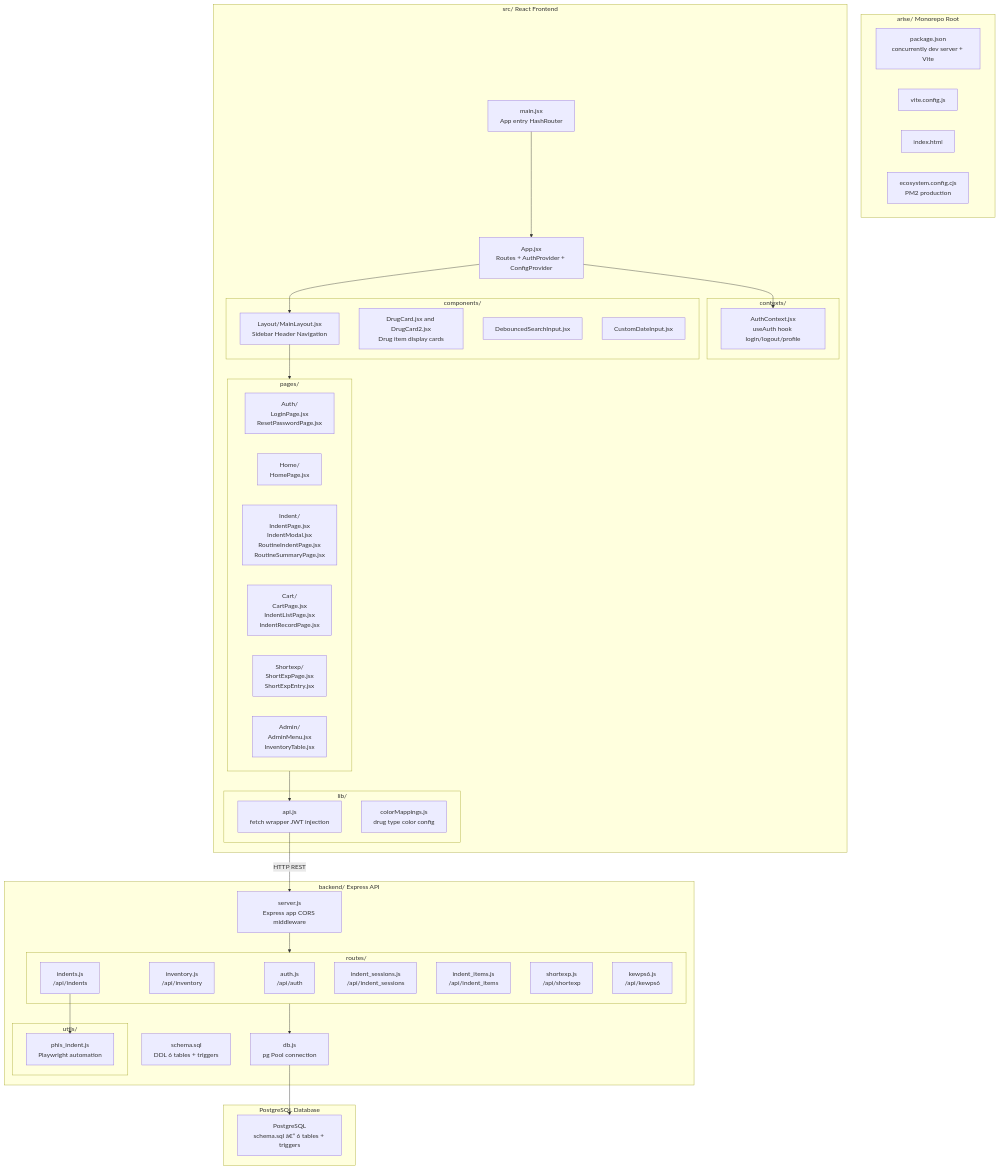
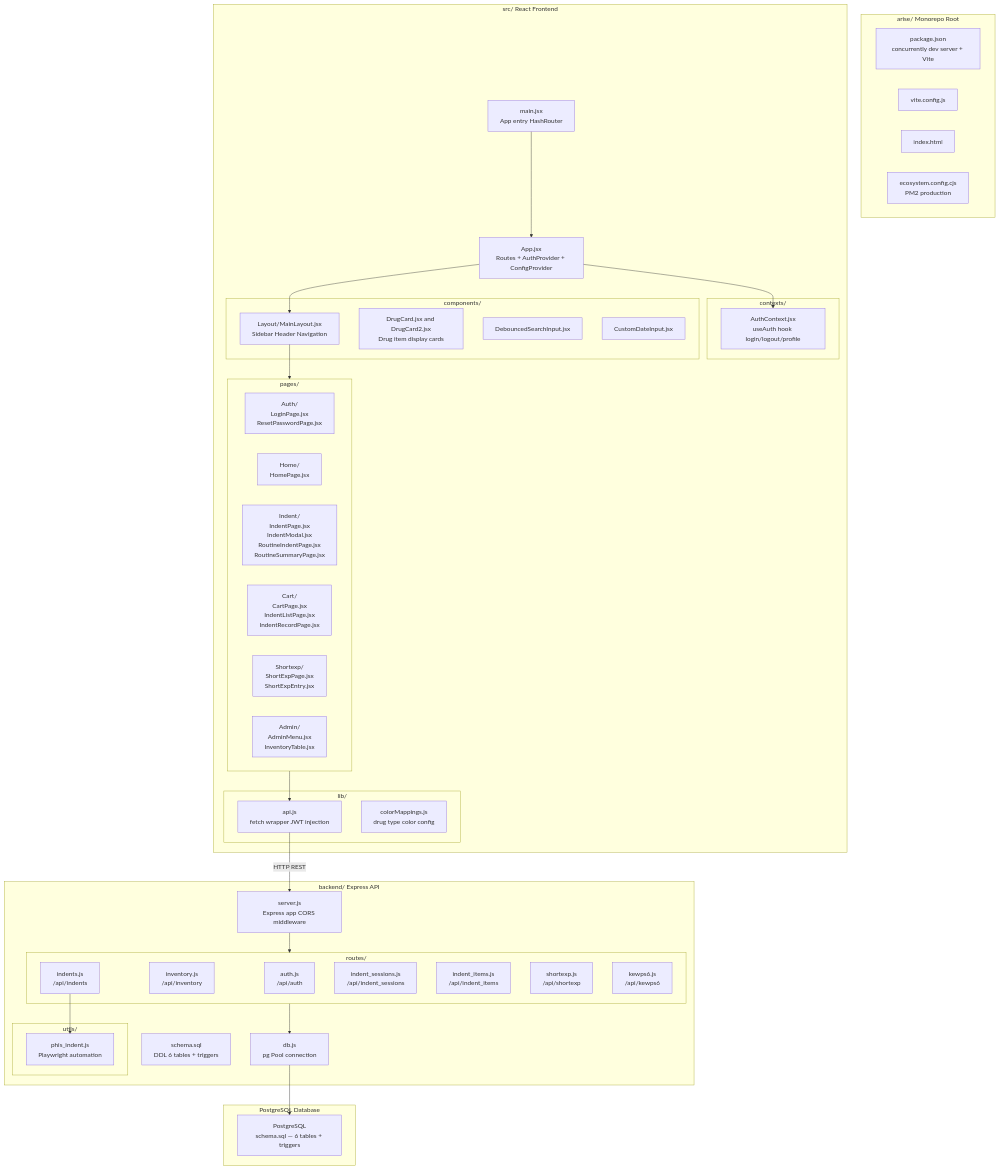
The seventh of 9 diagrams in ARCHITECTURE.md (pfredz-hsgt/arise), drawn with Mermaid before and after one commit. The commit also changed other lines of this file and 14 other files, not shown here.

````diff
--- a/ARCHITECTURE.md
+++ b/ARCHITECTURE.md
@@ -220,75 +220,75 @@
 ```mermaid
 graph TD
     subgraph Root["arise/ Monorepo Root"]
         PKG["package.json<br/>concurrently dev server + Vite"]
         VITE["vite.config.js"]
         IDX["index.html"]
         ECO["ecosystem.config.cjs<br/>PM2 production"]
     end
 
     subgraph FE["src/ React Frontend"]
         MAIN["main.jsx<br/>App entry HashRouter"]
         APP["App.jsx<br/>Routes + AuthProvider + ConfigProvider"]
 
         subgraph CTX["contexts/"]
             ACTX["AuthContext.jsx<br/>useAuth hook login/logout/profile"]
         end
 
         subgraph LIB["lib/"]
             API["api.js<br/>fetch wrapper JWT injection"]
             COLOR["colorMappings.js<br/>drug type color config"]
         end
 
         subgraph COMP["components/"]
             LAYOUT["Layout/MainLayout.jsx<br/>Sidebar Header Navigation"]
             DC["DrugCard.jsx and DrugCard2.jsx<br/>Drug item display cards"]
             DBI["DebouncedSearchInput.jsx"]
             CDI["CustomDateInput.jsx"]
         end
 
         subgraph PAGES["pages/"]
             AUTH_P["Auth/<br/>LoginPage.jsx<br/>ResetPasswordPage.jsx"]
             HOME_P["Home/<br/>HomePage.jsx"]
             INDENT_P["Indent/<br/>IndentPage.jsx<br/>IndentModal.jsx<br/>RoutineIndentPage.jsx<br/>RoutineSummaryPage.jsx"]
             CART_P["Cart/<br/>CartPage.jsx<br/>IndentListPage.jsx<br/>IndentRecordPage.jsx"]
             SHORT_P["Shortexp/<br/>ShortExpPage.jsx<br/>ShortExpEntry.jsx"]
             ADMIN_P["Admin/<br/>AdminMenu.jsx<br/>InventoryTable.jsx"]
         end
     end
 
     subgraph BE["backend/ Express API"]
         SRV["server.js<br/>Express app CORS middleware"]
         DBJ["db.js<br/>pg Pool connection"]
         SCHEMA["schema.sql<br/>DDL 6 tables + triggers"]
 
         subgraph ROUTES["routes/"]
             R_AUTH["auth.js<br/>/api/auth"]
             R_INV["inventory.js<br/>/api/inventory"]
             R_IND["indents.js<br/>/api/indents"]
             R_SES["indent_sessions.js<br/>/api/indent_sessions"]
             R_ITM["indent_items.js<br/>/api/indent_items"]
             R_SE["shortexp.js<br/>/api/shortexp"]
             R_K6["kewps6.js<br/>/api/kewps6"]
         end
 
         subgraph UTILS["utils/"]
             PHIS["phis_indent.js<br/>Playwright automation"]
         end
     end
 
     subgraph PGDB["PostgreSQL Database"]
         PG_DB["PostgreSQL
-schema.sql â€” 6 tables + triggers"]
+schema.sql — 6 tables + triggers"]
     end
 
     MAIN --> APP
     APP --> ACTX
     APP --> LAYOUT
     LAYOUT --> PAGES
     PAGES --> API
     API -- "HTTP REST" --> SRV
     SRV --> ROUTES
     ROUTES --> DBJ
     DBJ --> PG_DB
     R_IND --> PHIS
 ```
````
